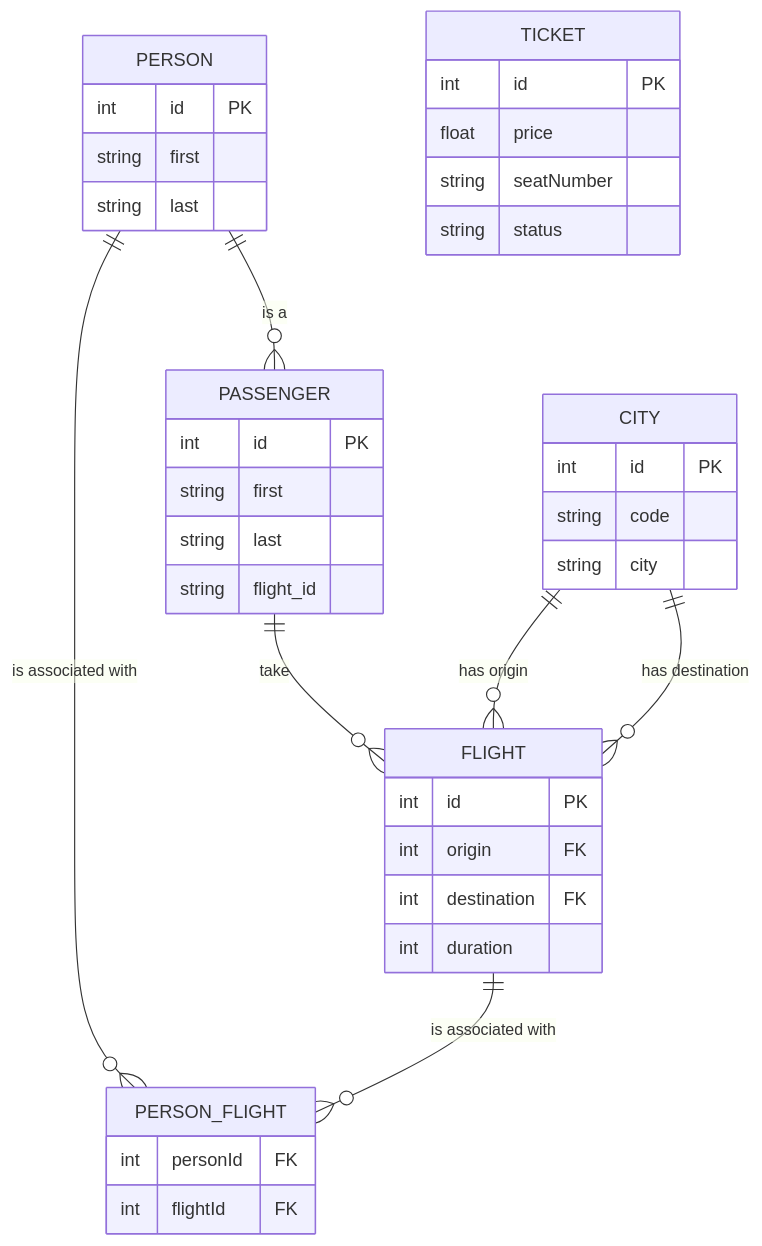
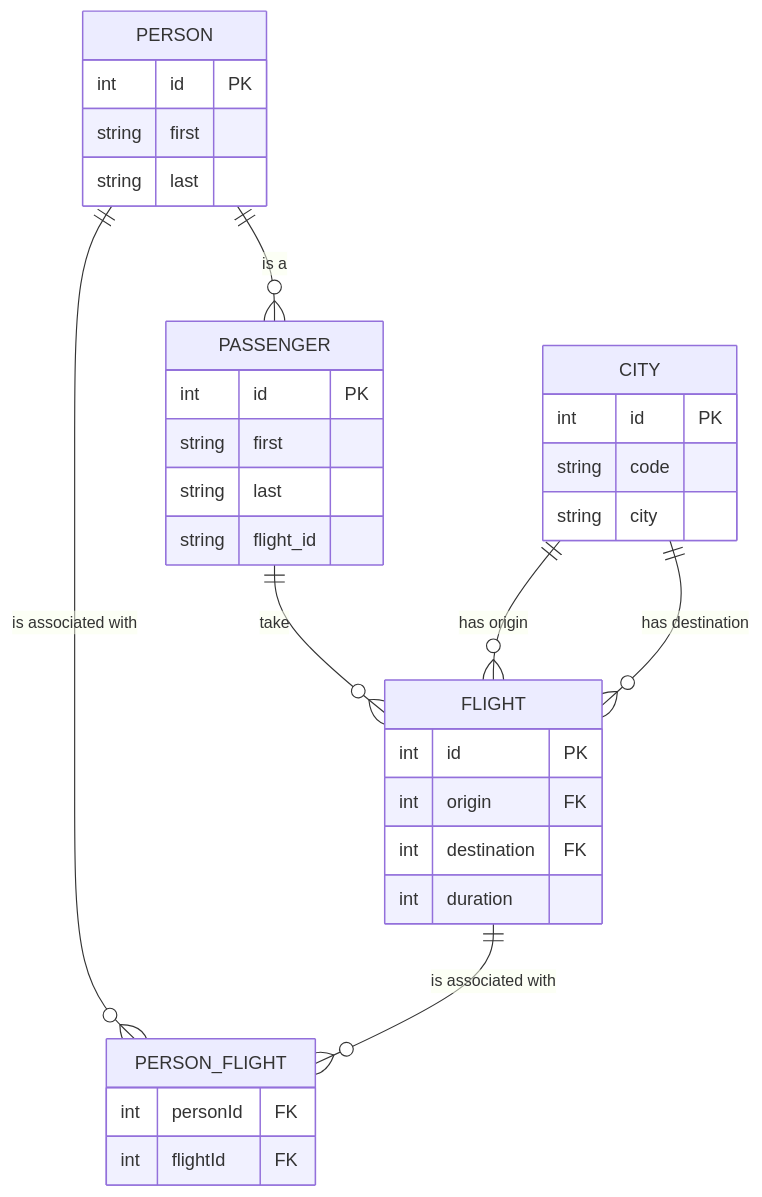
Before and after one commit to Leandrolenny/Clase29102024: the diagram in der.mmd, drawn with Mermaid.

Commit message:
se modifica diagrama

```diff
--- a/der.mmd
+++ b/der.mmd
@@ -1,41 +1,35 @@
 erDiagram
     PERSON {
         int id PK
         string first
         string last
     }
     PASSENGER {
         int id PK
         string first
         string last
         string flight_id
     }
     FLIGHT {
         int id PK
         int origin FK
         int destination FK
         int duration
     }
     CITY {
         int id PK
         string code
         string city
     }
-    TICKET {
-        int id PK
-        float price
-        string seatNumber
-        string status
-    }
      PERSON_FLIGHT {
         int personId FK
         int flightId FK
     }
     
     
      PERSON ||--o{ PASSENGER : "is a"
      PASSENGER ||--o{ FLIGHT : "take"
      CITY ||--o{ FLIGHT : "has origin"
      CITY ||--o{ FLIGHT : "has destination"
      PERSON ||--o{ PERSON_FLIGHT : "is associated with"
      FLIGHT ||--o{ PERSON_FLIGHT : "is associated with"
```
